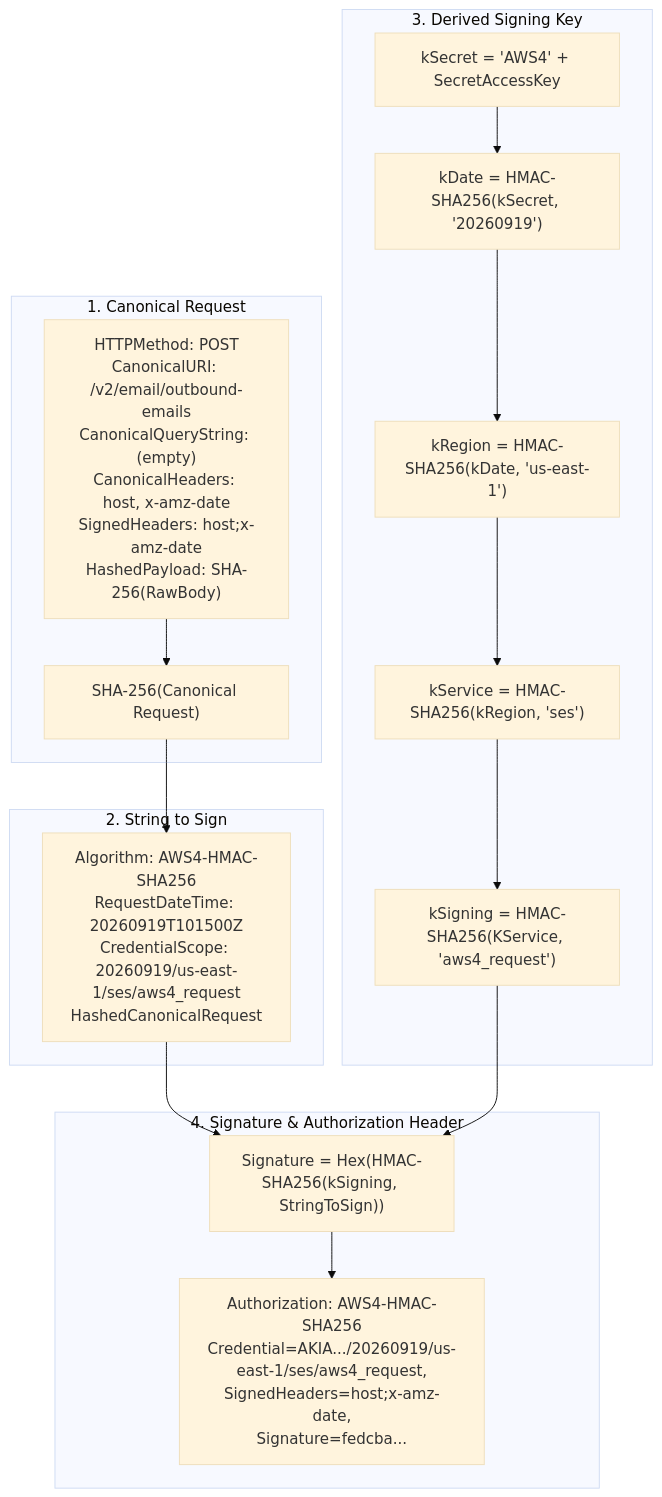
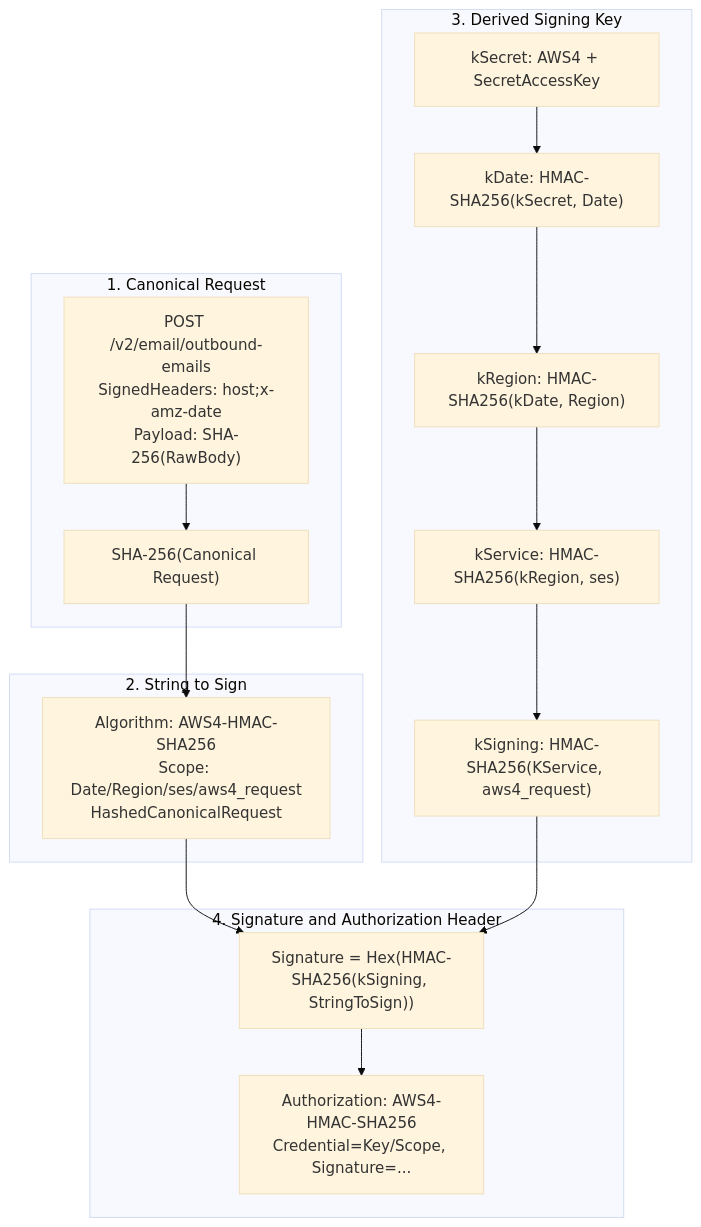
The ninth of 12 diagrams in adr/0011-api-key-engine-ttl-revocation-and-transactional-mailer.md (Chief-Strategist-J/auth), drawn with Mermaid (base theme) before and after one commit. The commit also changed other lines of this file, not shown here.

Commit message:
fix(docs): replace erDiagram with flowchart and remove all literal newline escapes

````diff
--- a/adr/0011-api-key-engine-ttl-revocation-and-transactional-mailer.md
+++ b/adr/0011-api-key-engine-ttl-revocation-and-transactional-mailer.md
@@ -522,28 +522,28 @@
 ```mermaid
 flowchart TD
     subgraph Step1["1. Canonical Request"]
-        CR["HTTPMethod: POST\nCanonicalURI: /v2/email/outbound-emails\nCanonicalQueryString: (empty)\nCanonicalHeaders: host, x-amz-date\nSignedHeaders: host;x-amz-date\nHashedPayload: SHA-256(RawBody)"]
+        CR["POST /v2/email/outbound-emails<br/>SignedHeaders: host;x-amz-date<br/>Payload: SHA-256(RawBody)"]
         HashedCR["SHA-256(Canonical Request)"]
         CR --> HashedCR
     end
 
     subgraph Step2["2. String to Sign"]
-        STS["Algorithm: AWS4-HMAC-SHA256\nRequestDateTime: 20260919T101500Z\nCredentialScope: 20260919/us-east-1/ses/aws4_request\nHashedCanonicalRequest"]
+        STS["Algorithm: AWS4-HMAC-SHA256<br/>Scope: Date/Region/ses/aws4_request<br/>HashedCanonicalRequest"]
         HashedCR --> STS
     end
 
     subgraph Step3["3. Derived Signing Key"]
-        KSecret["kSecret = 'AWS4' + SecretAccessKey"]
-        KDate["kDate = HMAC-SHA256(kSecret, '20260919')"]
-        KRegion["kRegion = HMAC-SHA256(kDate, 'us-east-1')"]
-        KService["kService = HMAC-SHA256(kRegion, 'ses')"]
-        KSigning["kSigning = HMAC-SHA256(KService, 'aws4_request')"]
+        KSecret["kSecret: AWS4 + SecretAccessKey"]
+        KDate["kDate: HMAC-SHA256(kSecret, Date)"]
+        KRegion["kRegion: HMAC-SHA256(kDate, Region)"]
+        KService["kService: HMAC-SHA256(kRegion, ses)"]
+        KSigning["kSigning: HMAC-SHA256(KService, aws4_request)"]
         KSecret --> KDate --> KRegion --> KService --> KSigning
     end
 
-    subgraph Step4["4. Signature & Authorization Header"]
+    subgraph Step4["4. Signature and Authorization Header"]
         CalcSig["Signature = Hex(HMAC-SHA256(kSigning, StringToSign))"]
-        AuthHeader["Authorization: AWS4-HMAC-SHA256\nCredential=AKIA.../20260919/us-east-1/ses/aws4_request,\nSignedHeaders=host;x-amz-date,\nSignature=fedcba..."]
+        AuthHeader["Authorization: AWS4-HMAC-SHA256<br/>Credential=Key/Scope, Signature=..."]
         STS & KSigning --> CalcSig --> AuthHeader
     end
 ```
````
